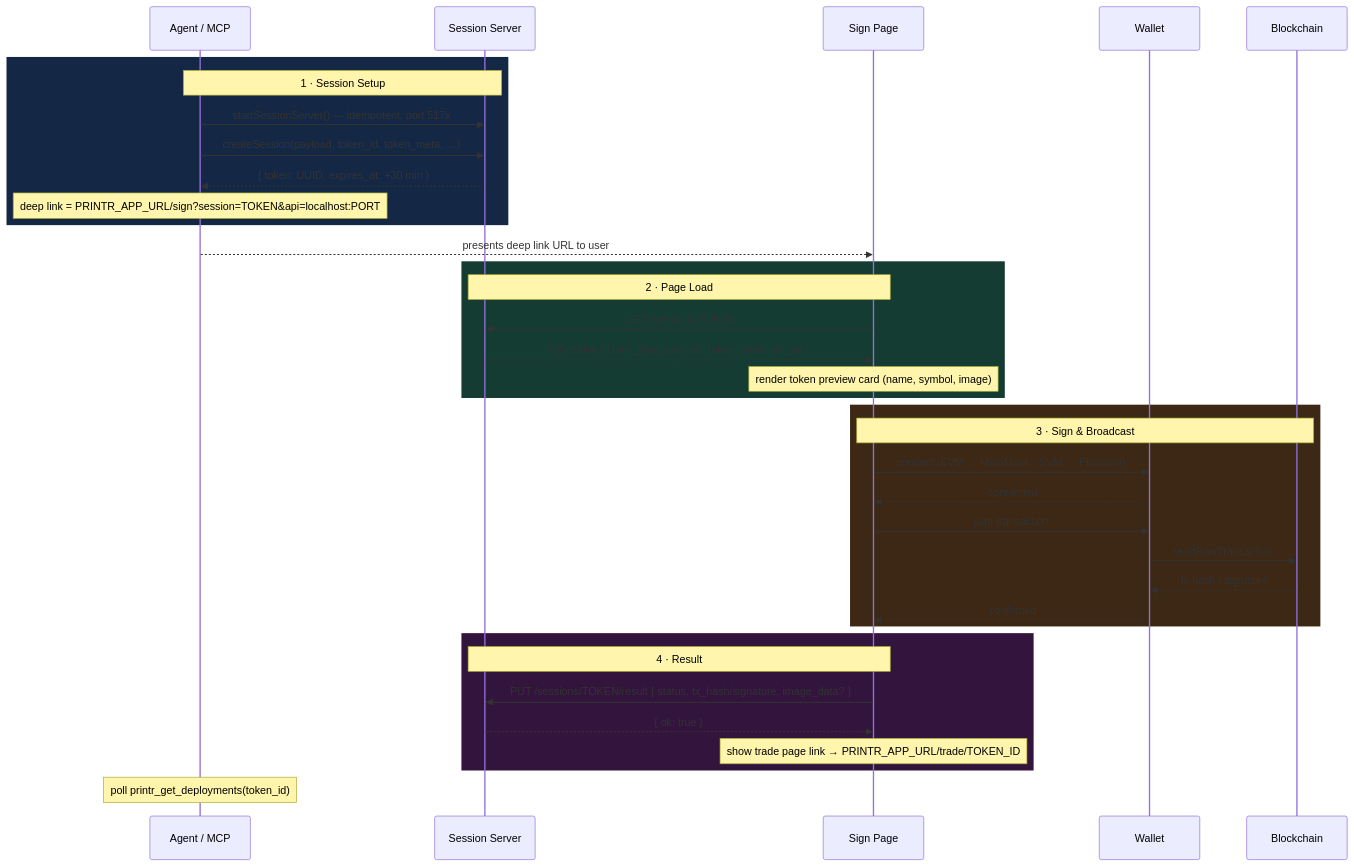
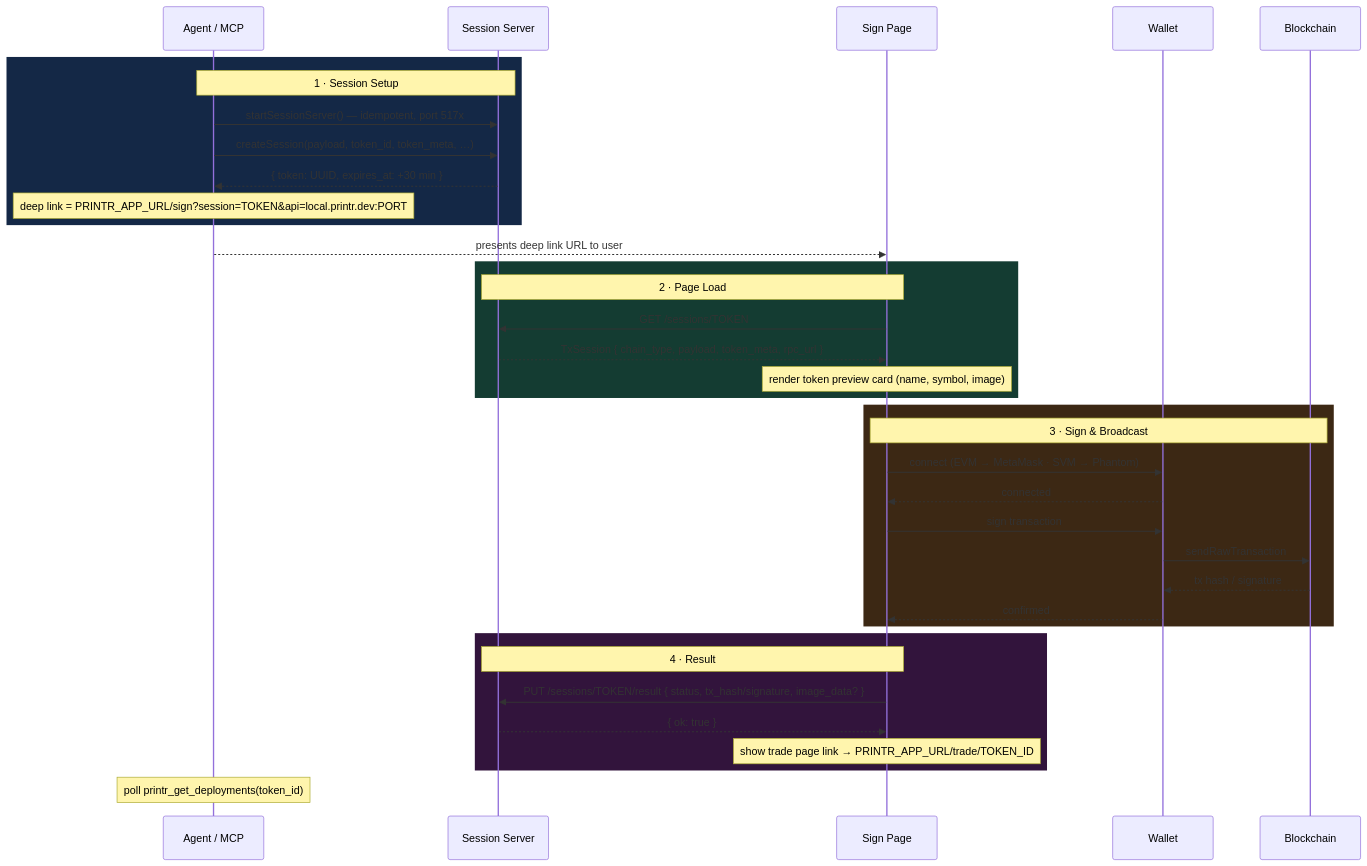
Before and after one commit to PrintrFi/printr-mcp: the second of 2 diagrams in docs/WEB_SIGNER_FLOW.md, drawn with Mermaid. The commit also changed other lines of this file, not shown here.

Commit message:
chore(docs): update web signer flow doc

````diff
--- a/docs/WEB_SIGNER_FLOW.md
+++ b/docs/WEB_SIGNER_FLOW.md
@@ -149,44 +151,44 @@
 ```mermaid
 sequenceDiagram
     participant Agent as Agent / MCP
     participant Session as Session Server
     participant Page as Sign Page
     participant Wallet as Wallet
     participant Chain as Blockchain
 
     rect rgb(20, 40, 70)
         Note over Agent,Session: 1 · Session Setup
         Agent->>Session: startSessionServer() — idempotent, port 517x
         Agent->>Session: createSession(payload, token_id, token_meta, …)
         Session-->>Agent: { token: UUID, expires_at: +30 min }
-        Note over Agent: deep link = PRINTR_APP_URL/sign?session=TOKEN&api=localhost:PORT
+        Note over Agent: deep link = PRINTR_APP_URL/sign?session=TOKEN&api=local.printr.dev:PORT
     end
 
     Agent-->>Page: presents deep link URL to user
 
     rect rgb(20, 60, 50)
         Note over Page,Session: 2 · Page Load
         Page->>Session: GET /sessions/TOKEN
         Session-->>Page: TxSession { chain_type, payload, token_meta, rpc_url }
         Note over Page: render token preview card (name, symbol, image)
     end
 
     rect rgb(60, 40, 20)
         Note over Page,Chain: 3 · Sign & Broadcast
         Page->>Wallet: connect (EVM → MetaMask · SVM → Phantom)
         Wallet-->>Page: connected
         Page->>Wallet: sign transaction
         Wallet->>Chain: sendRawTransaction
         Chain-->>Wallet: tx hash / signature
         Wallet-->>Page: confirmed
     end
 
     rect rgb(50, 20, 60)
         Note over Page,Session: 4 · Result
         Page->>Session: PUT /sessions/TOKEN/result { status, tx_hash/signature, image_data? }
         Session-->>Page: { ok: true }
         Note over Page: show trade page link → PRINTR_APP_URL/trade/TOKEN_ID
     end
 
     Note over Agent: poll printr_get_deployments(token_id)
 ```
````
